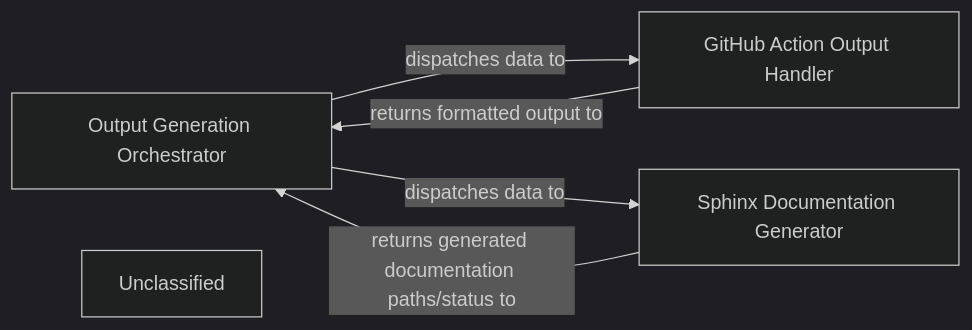
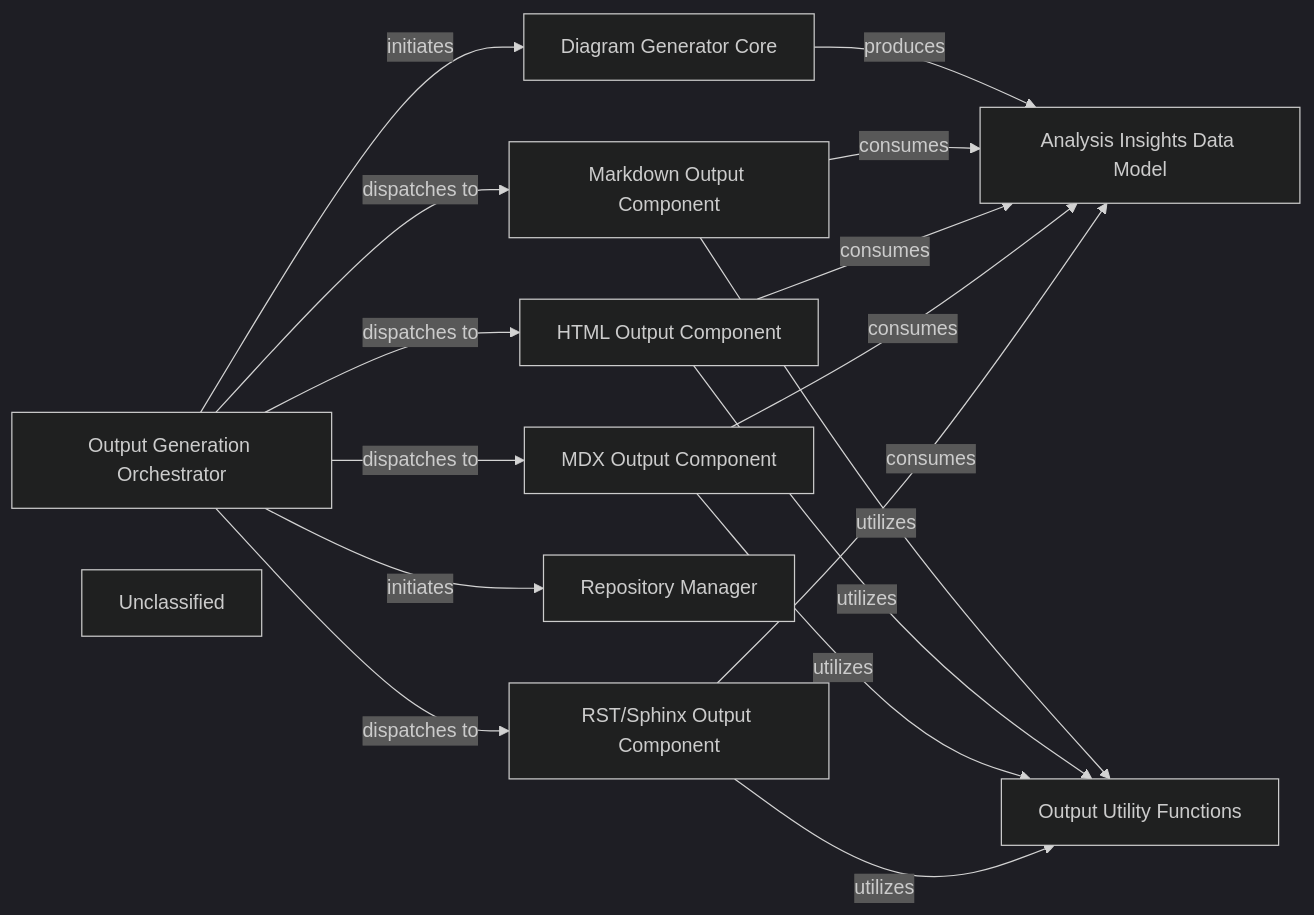
The diagram in .codeboarding/Output_Generation_Engine.md (mariyam866/CodeBoarding), drawn with Mermaid (dark theme) before and after one commit. The commit also changed other lines of this file and 11 other files, not shown here.

First line of the commit message:
docs: update codeboarding documentation and generate architecture

````diff
--- a/.codeboarding/Output_Generation_Engine.md
+++ b/.codeboarding/Output_Generation_Engine.md
@@ -1,11 +1,29 @@
 ```mermaid
 graph LR
     Output_Generation_Orchestrator["Output Generation Orchestrator"]
-    GitHub_Action_Output_Handler["GitHub Action Output Handler"]
-    Sphinx_Documentation_Generator["Sphinx Documentation Generator"]
+    Markdown_Output_Component["Markdown Output Component"]
+    HTML_Output_Component["HTML Output Component"]
+    MDX_Output_Component["MDX Output Component"]
+    RST_Sphinx_Output_Component["RST/Sphinx Output Component"]
+    Repository_Manager["Repository Manager"]
+    Diagram_Generator_Core["Diagram Generator Core"]
+    Analysis_Insights_Data_Model["Analysis Insights Data Model"]
+    Output_Utility_Functions["Output Utility Functions"]
     Unclassified["Unclassified"]
-    Output_Generation_Orchestrator -- "dispatches data to" --> GitHub_Action_Output_Handler
-    GitHub_Action_Output_Handler -- "returns formatted output to" --> Output_Generation_Orchestrator
-    Output_Generation_Orchestrator -- "dispatches data to" --> Sphinx_Documentation_Generator
-    Sphinx_Documentation_Generator -- "returns generated documentation paths/status to" --> Output_Generation_Orchestrator
+    Output_Generation_Orchestrator -- "initiates" --> Repository_Manager
+    Output_Generation_Orchestrator -- "initiates" --> Diagram_Generator_Core
+    Output_Generation_Orchestrator -- "dispatches to" --> Markdown_Output_Component
+    Output_Generation_Orchestrator -- "dispatches to" --> HTML_Output_Component
+    Output_Generation_Orchestrator -- "dispatches to" --> MDX_Output_Component
+    Output_Generation_Orchestrator -- "dispatches to" --> RST_Sphinx_Output_Component
+    Diagram_Generator_Core -- "produces" --> Analysis_Insights_Data_Model
+    Markdown_Output_Component -- "consumes" --> Analysis_Insights_Data_Model
+    HTML_Output_Component -- "consumes" --> Analysis_Insights_Data_Model
+    MDX_Output_Component -- "consumes" --> Analysis_Insights_Data_Model
+    RST_Sphinx_Output_Component -- "consumes" --> Analysis_Insights_Data_Model
+    Markdown_Output_Component -- "utilizes" --> Output_Utility_Functions
+    HTML_Output_Component -- "utilizes" --> Output_Utility_Functions
+    MDX_Output_Component -- "utilizes" --> Output_Utility_Functions
+    RST_Sphinx_Output_Component -- "utilizes" --> Output_Utility_Functions
+    click Repository_Manager href "https://github.com/CodeBoarding/CodeBoarding/blob/main/.codeboarding/Repository_Manager.md" "Details"
 ```
````
